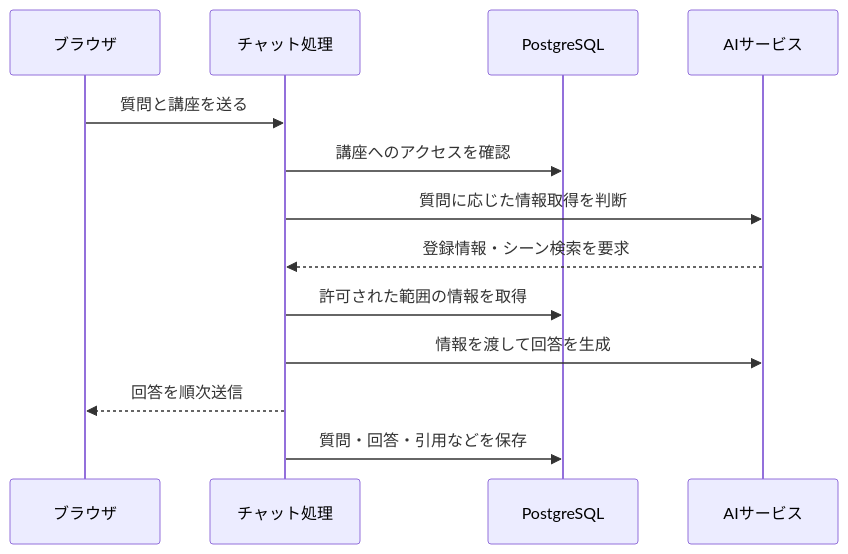
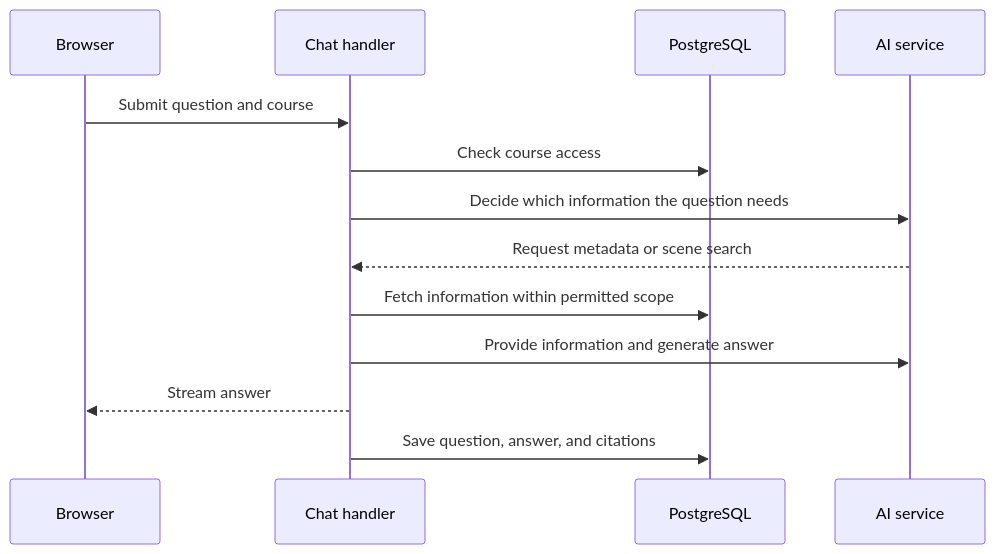
The third of 3 diagrams in docs/design/sequence-diagram.md (yukiharada1228/videoq), drawn with Mermaid before and after one commit. The commit also changed other lines of this file and 79 other files, not shown here.

````diff
--- a/docs/design/sequence-diagram.md
+++ b/docs/design/sequence-diagram.md
@@ -54,15 +54,15 @@
 ```mermaid
 sequenceDiagram
-    participant User as ブラウザ
-    participant API as チャット処理
+    participant User as Browser
+    participant API as Chat handler
     participant DB as PostgreSQL
-    participant AI as AIサービス
-    User->>API: 質問と講座を送る
-    API->>DB: 講座へのアクセスを確認
-    API->>AI: 質問に応じた情報取得を判断
-    AI-->>API: 登録情報・シーン検索を要求
-    API->>DB: 許可された範囲の情報を取得
-    API->>AI: 情報を渡して回答を生成
-    API-->>User: 回答を順次送信
-    API->>DB: 質問・回答・引用などを保存
+    participant AI as AI service
+    User->>API: Submit question and course
+    API->>DB: Check course access
+    API->>AI: Decide which information the question needs
+    AI-->>API: Request metadata or scene search
+    API->>DB: Fetch information within permitted scope
+    API->>AI: Provide information and generate answer
+    API-->>User: Stream answer
+    API->>DB: Save question, answer, and citations
 ```
````
